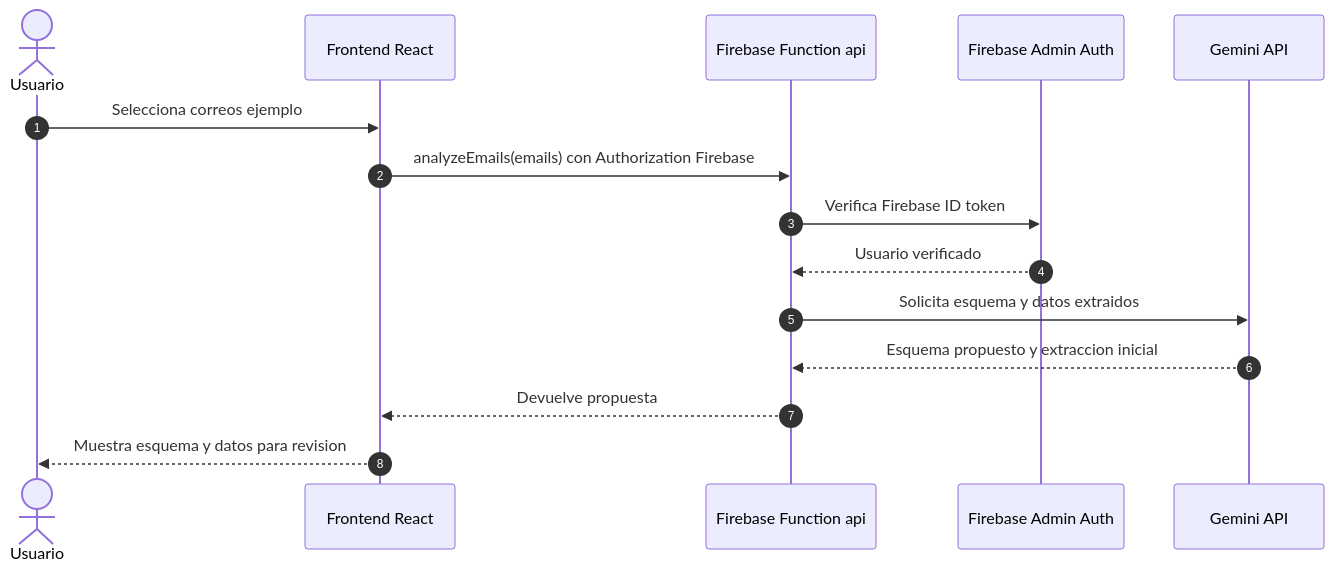
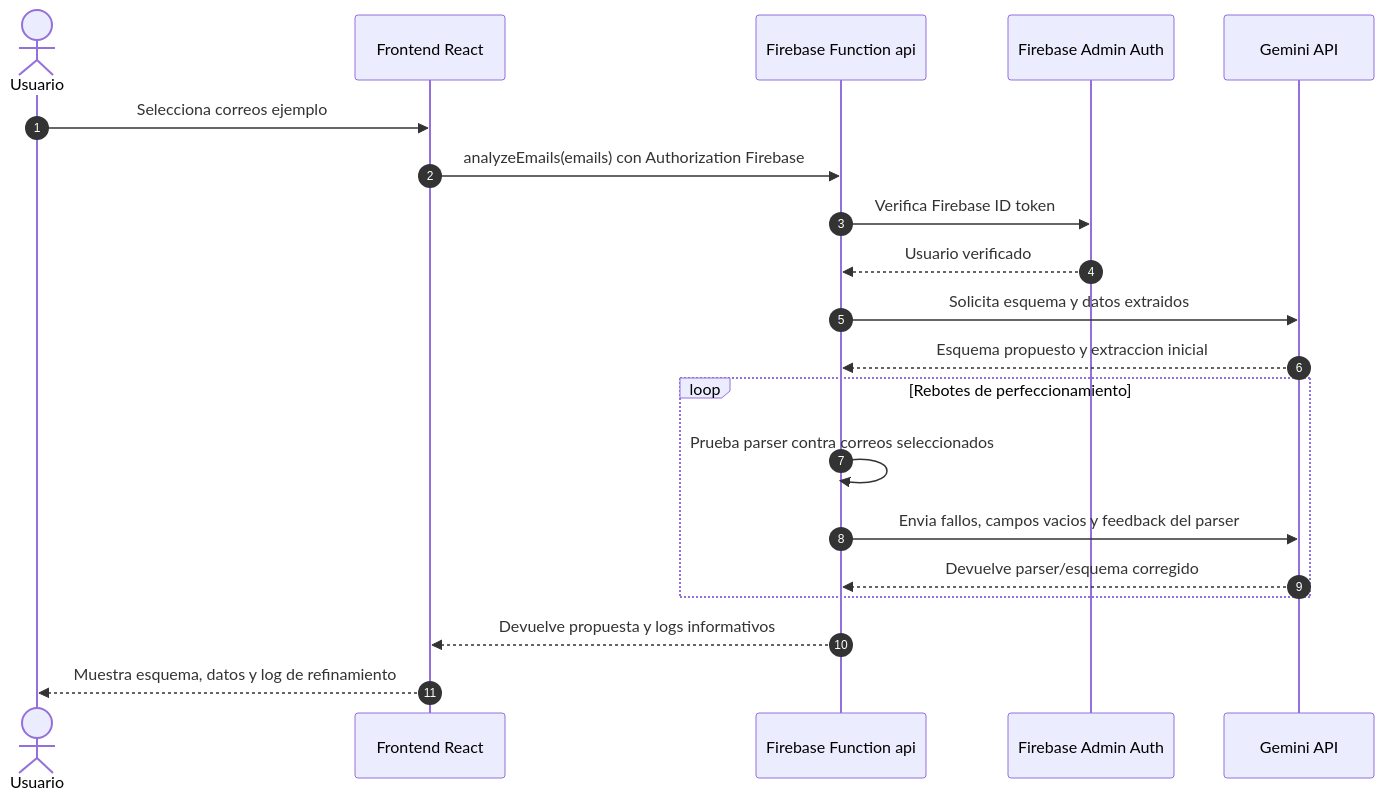
The third of 9 diagrams in sequence-diagram.md (mijahilbarra/organizr), drawn with Mermaid before and after one commit. The commit also changed other lines of this file and 72 other files, not shown here.

````diff
--- a/sequence-diagram.md
+++ b/sequence-diagram.md
@@ -51,18 +73,23 @@
 ```mermaid
 sequenceDiagram
   autonumber
   actor User as Usuario
   participant Frontend as Frontend React
   participant Function as Firebase Function api
   participant FirebaseAuth as Firebase Admin Auth
   participant Gemini as Gemini API
 
   User->>Frontend: Selecciona correos ejemplo
   Frontend->>Function: analyzeEmails(emails) con Authorization Firebase
   Function->>FirebaseAuth: Verifica Firebase ID token
   FirebaseAuth-->>Function: Usuario verificado
   Function->>Gemini: Solicita esquema y datos extraidos
   Gemini-->>Function: Esquema propuesto y extraccion inicial
-  Function-->>Frontend: Devuelve propuesta
-  Frontend-->>User: Muestra esquema y datos para revision
+  loop Rebotes de perfeccionamiento
+    Function->>Function: Prueba parser contra correos seleccionados
+    Function->>Gemini: Envia fallos, campos vacios y feedback del parser
+    Gemini-->>Function: Devuelve parser/esquema corregido
+  end
+  Function-->>Frontend: Devuelve propuesta y logs informativos
+  Frontend-->>User: Muestra esquema, datos y log de refinamiento
 ```
````
